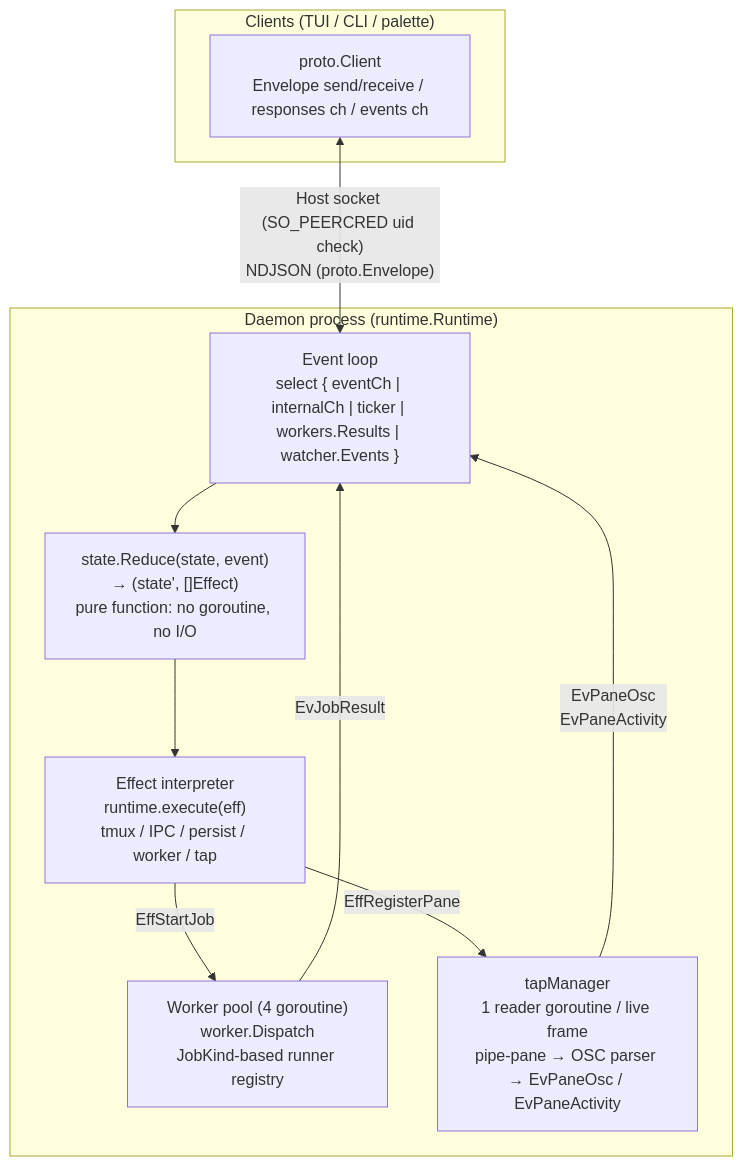
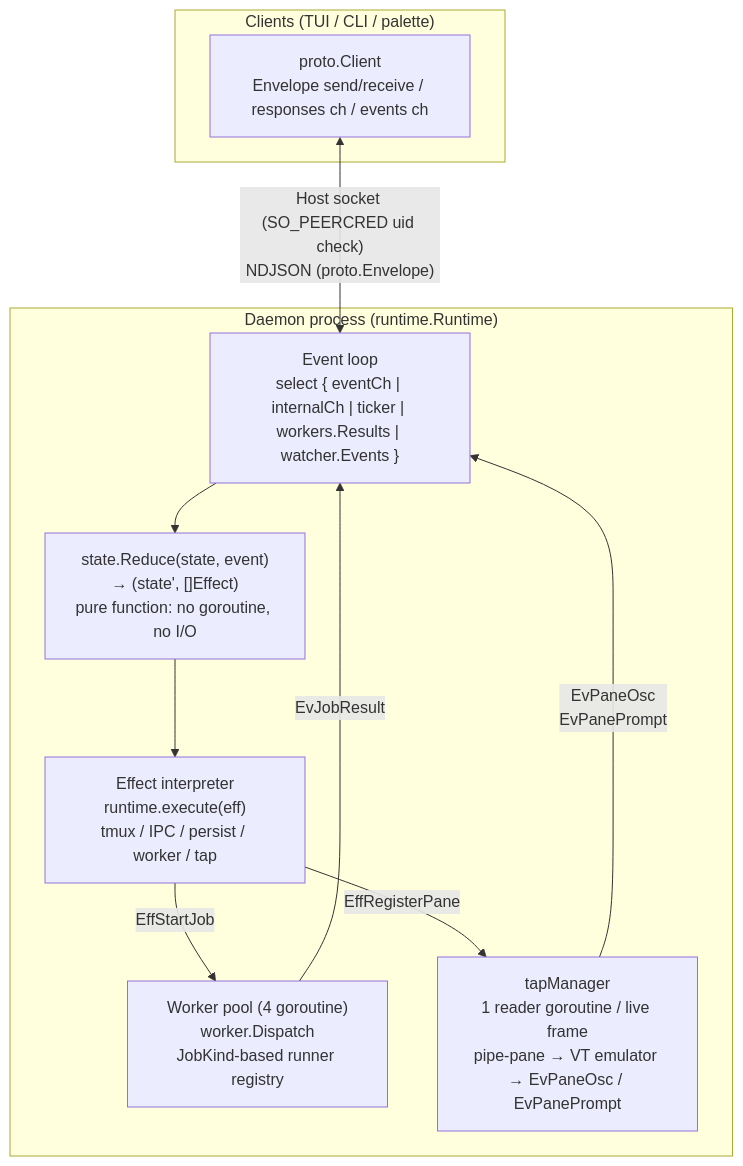
The first of 6 diagrams in docs/ipc.md (takezoh/agent-grid), drawn with Mermaid before and after one commit. The commit also changed other lines of this file and 4 other files, not shown here.

````diff
--- a/docs/ipc.md
+++ b/docs/ipc.md
@@ -16,23 +16,23 @@
 ```mermaid
 flowchart TB
     subgraph daemon["Daemon process (runtime.Runtime)"]
         EL["Event loop<br/>select { eventCh | internalCh | ticker | workers.Results | watcher.Events }"]
         Reduce["state.Reduce(state, event)<br/>→ (state', []Effect)<br/>pure function: no goroutine, no I/O"]
         Interp["Effect interpreter<br/>runtime.execute(eff)<br/>tmux / IPC / persist / worker / tap"]
         Pool["Worker pool (4 goroutine)<br/>worker.Dispatch<br/>JobKind-based runner registry"]
-        Tap["tapManager<br/>1 reader goroutine / live frame<br/>pipe-pane → OSC parser → EvPaneOsc / EvPaneActivity"]
+        Tap["tapManager<br/>1 reader goroutine / live frame<br/>pipe-pane → VT emulator → EvPaneOsc / EvPanePrompt"]
 
         EL --> Reduce
         Reduce --> Interp
         Interp -->|EffStartJob| Pool
         Pool -->|EvJobResult| EL
         Interp -->|EffRegisterPane| Tap
-        Tap -->|"EvPaneOsc<br/>EvPaneActivity"| EL
+        Tap -->|"EvPaneOsc<br/>EvPanePrompt"| EL
     end
 
     subgraph clients["Clients (TUI / CLI / palette)"]
         Client["proto.Client<br/>Envelope send/receive / responses ch / events ch"]
     end
 
     Client <-->|"Host socket (SO_PEERCRED uid check)<br/>NDJSON (proto.Envelope)"| EL
 ```
````
